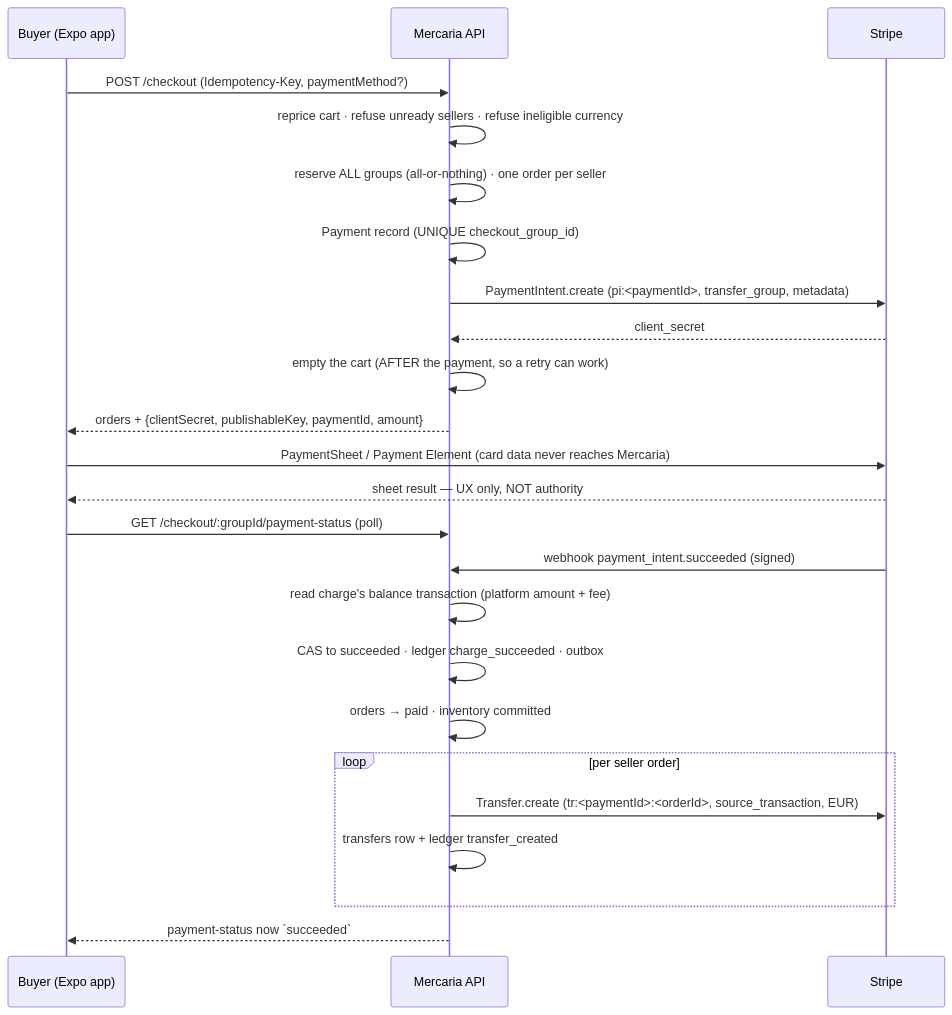
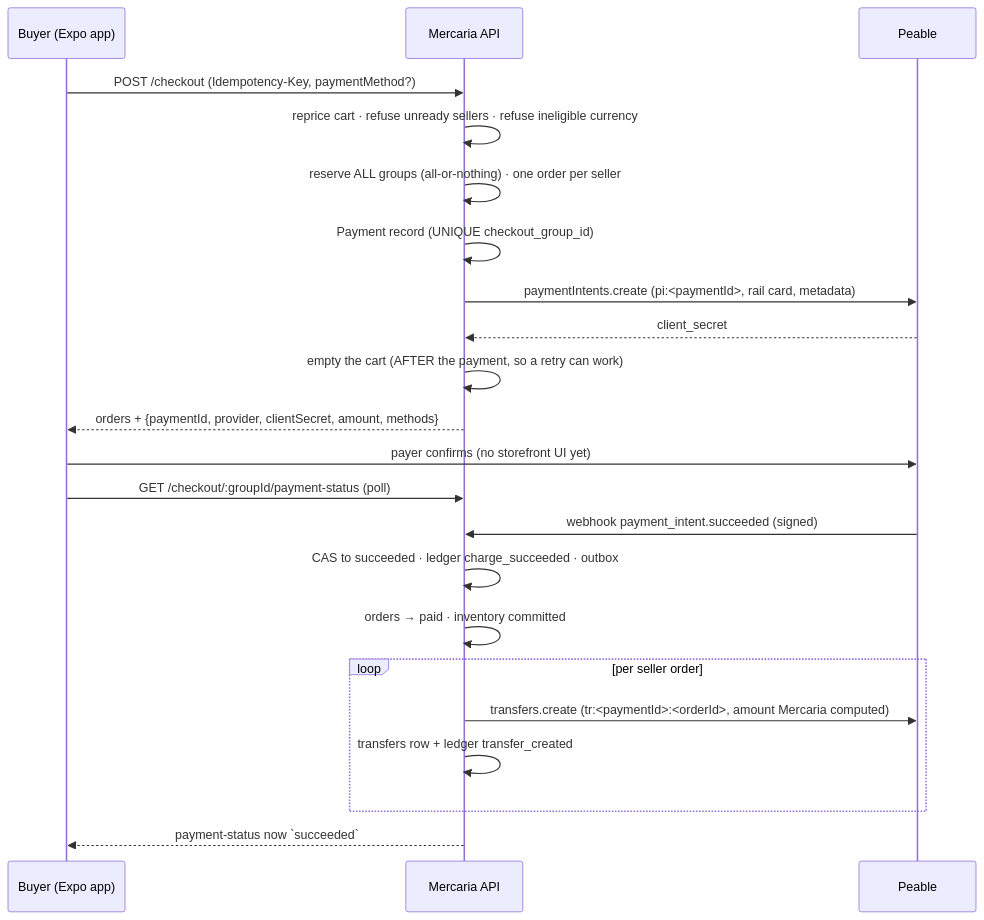
The first of 2 diagrams in docs/payments.md (OxyHQ/Mercaria), drawn with Mermaid before and after one commit. The commit also changed other lines of this file and 255 other files, not shown here.

````diff
--- a/docs/payments.md
+++ b/docs/payments.md
@@ -672,26 +588,24 @@
 ```mermaid
 sequenceDiagram
     participant B as Buyer (Expo app)
     participant API as Mercaria API
-    participant S as Stripe
+    participant P as Peable
     B->>API: POST /checkout (Idempotency-Key, paymentMethod?)
     API->>API: reprice cart · refuse unready sellers · refuse ineligible currency
     API->>API: reserve ALL groups (all-or-nothing) · one order per seller
     API->>API: Payment record (UNIQUE checkout_group_id)
-    API->>S: PaymentIntent.create (pi:<paymentId>, transfer_group, metadata)
-    S-->>API: client_secret
+    API->>P: paymentIntents.create (pi:<paymentId>, rail card, metadata)
+    P-->>API: client_secret
     API->>API: empty the cart (AFTER the payment, so a retry can work)
-    API-->>B: orders + {clientSecret, publishableKey, paymentId, amount}
-    B->>S: PaymentSheet / Payment Element (card data never reaches Mercaria)
-    S-->>B: sheet result — UX only, NOT authority
+    API-->>B: orders + {paymentId, provider, clientSecret, amount, methods}
+    B->>P: payer confirms (no storefront UI yet)
     B->>API: GET /checkout/:groupId/payment-status (poll)
-    S->>API: webhook payment_intent.succeeded (signed)
-    API->>API: read charge's balance transaction (platform amount + fee)
+    P->>API: webhook payment_intent.succeeded (signed)
     API->>API: CAS to succeeded · ledger charge_succeeded · outbox
     API->>API: orders → paid · inventory committed
     loop per seller order
-        API->>S: Transfer.create (tr:<paymentId>:<orderId>, source_transaction, EUR)
+        API->>P: transfers.create (tr:<paymentId>:<orderId>, amount Mercaria computed)
         API->>API: transfers row + ledger transfer_created
     end
     API-->>B: payment-status now `succeeded`
 ```
````
